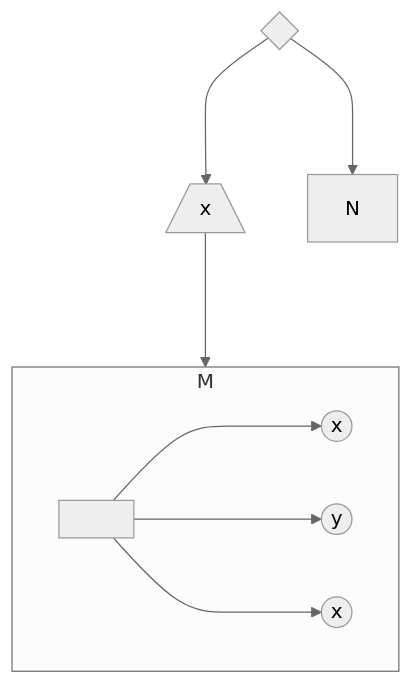
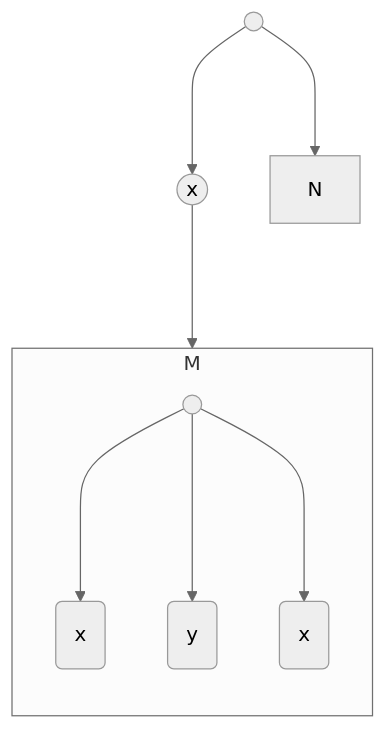
One commit to gzholtkevych/CertifiedProgramming changed the fourth of 6 diagrams in Lectures/lecture-2.md. Above: the diagram before and after it, drawn with Mermaid (neutral theme).

````diff
--- a/Lectures/lecture-2.md
+++ b/Lectures/lecture-2.md
@@ -133,11 +133,12 @@
 ```mermaid
 graph TD
-    A{ } ---> B[/x\]
+    A(( )) ---> B((x))
     A ---> N
     B ---> M
     subgraph M
-        C[ ] ---> D((x))
-        C ---> E((y))
-        C ---> F((x))
+        direction TD
+        C(( )) ---> D(x)
+        C ---> E(y)
+        C ---> F(x)
     end
 ```
````
